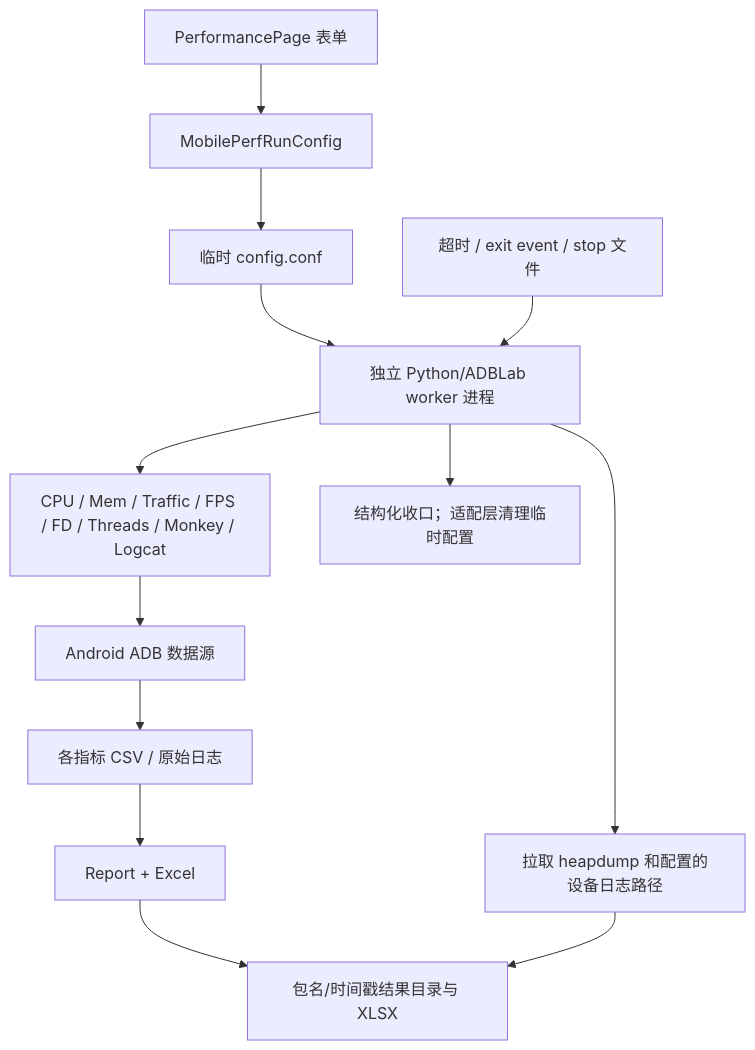
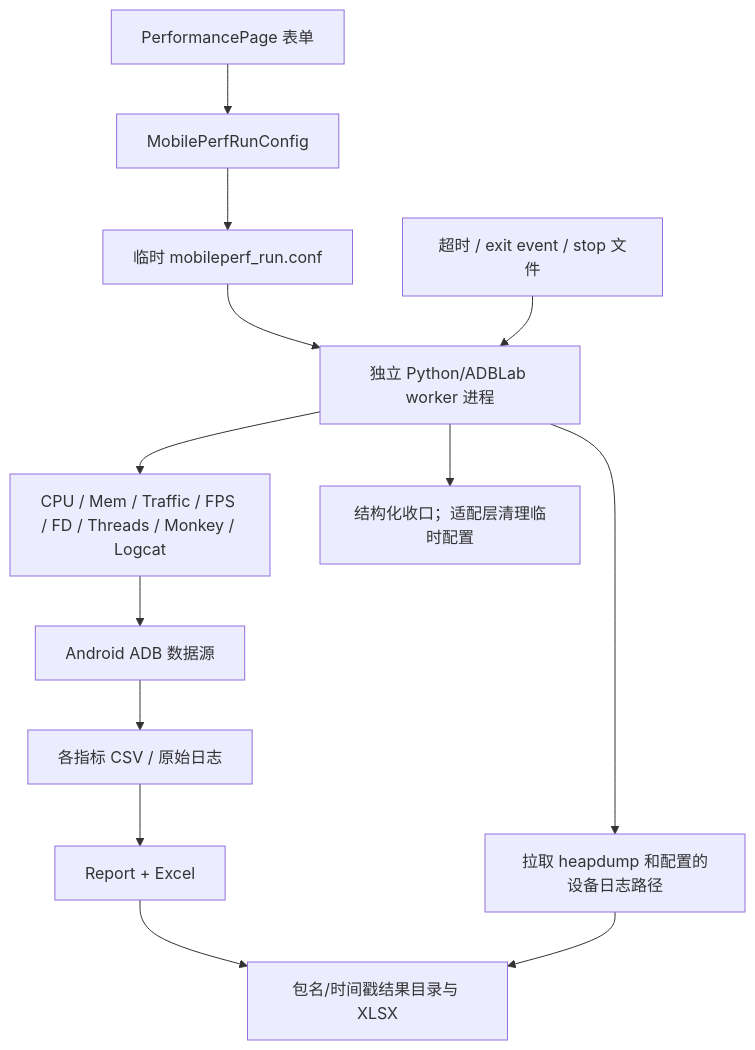
The second of 2 diagrams in docs/project-knowledge/DATA_FLOW.md (BlackHu-art/ADBLab), drawn with Mermaid before and after one commit. The commit also changed other lines of this file and 14 other files, not shown here.

````diff
--- a/docs/project-knowledge/DATA_FLOW.md
+++ b/docs/project-knowledge/DATA_FLOW.md
@@ -155,15 +160,15 @@
 ```mermaid
 flowchart TD
     Form["PerformancePage 表单"] --> Config["MobilePerfRunConfig"]
-    Config --> Temp["临时 config.conf"]
+    Config --> Temp["临时 mobileperf_run.conf"]
     Temp --> Worker["独立 Python/ADBLab worker 进程"]
     Worker --> Monitors["CPU / Mem / Traffic / FPS / FD / Threads / Monkey / Logcat"]
     Monitors --> Device["Android ADB 数据源"]
     Device --> CSV["各指标 CSV / 原始日志"]
     CSV --> Report["Report + Excel"]
     Report --> Result["包名/时间戳结果目录与 XLSX"]
     Stop["超时 / exit event / stop 文件"] --> Worker
     Worker --> Pull["拉取 heapdump 和配置的设备日志路径"]
     Pull --> Result
     Worker --> Cleanup["结构化收口；适配层清理临时配置"]
 ```
````
